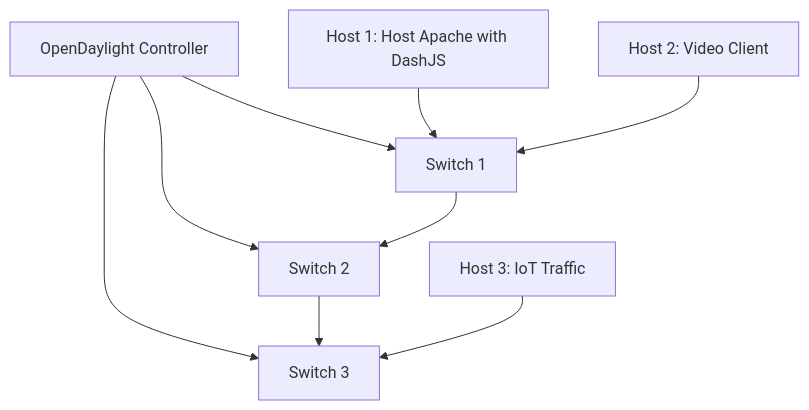
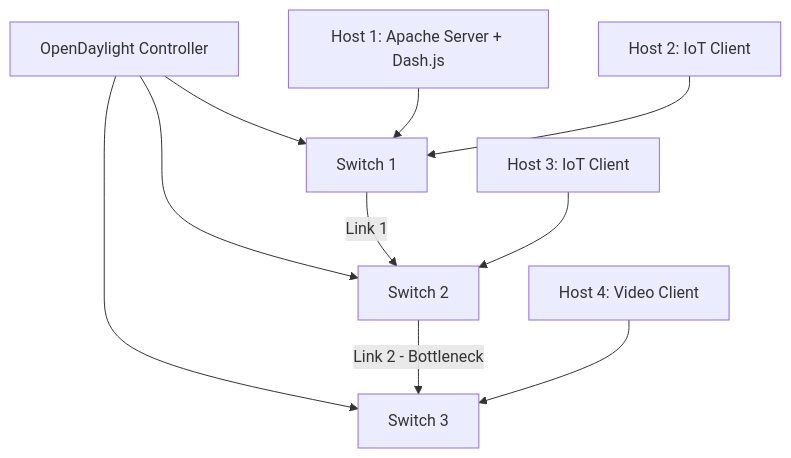
One commit to hreid1/COMP3004-CW2 changed the diagram in diagrams/architecture.md. Above: the diagram before and after it, drawn with Mermaid. The commit also changed 4 other files, not shown here.

````diff
--- a/diagrams/architecture.md
+++ b/diagrams/architecture.md
@@ -1,23 +1,23 @@
 ```mermaid
 graph TD
     ODL["OpenDaylight Controller"]
-
-    ODL --> S1
-
     S1["Switch 1"]
     S2["Switch 2"]
     S3["Switch 3"]
-    H1["Host 1: Host Apache with DashJS"]
-    H2["Host 2: Video Client"]
-    H3["Host 3: IoT Traffic"]
+    H1["Host 1: Apache Server + Dash.js"]
+    H2["Host 2: IoT Client"]
+    H3["Host 3: IoT Client"]
+    H4["Host 4: Video Client"]
 
+    ODL --> S1
     ODL --> S2
     ODL --> S3
 
-    S1 --> S2
-    S2 --> S3
+    S1 -->|Link 1| S2
+    S2 -->|Link 2 - Bottleneck| S3
 
     H1 --> S1
     H2 --> S1
-    H3 --> S3
+    H3 --> S2
+    H4 --> S3
 ```
````
